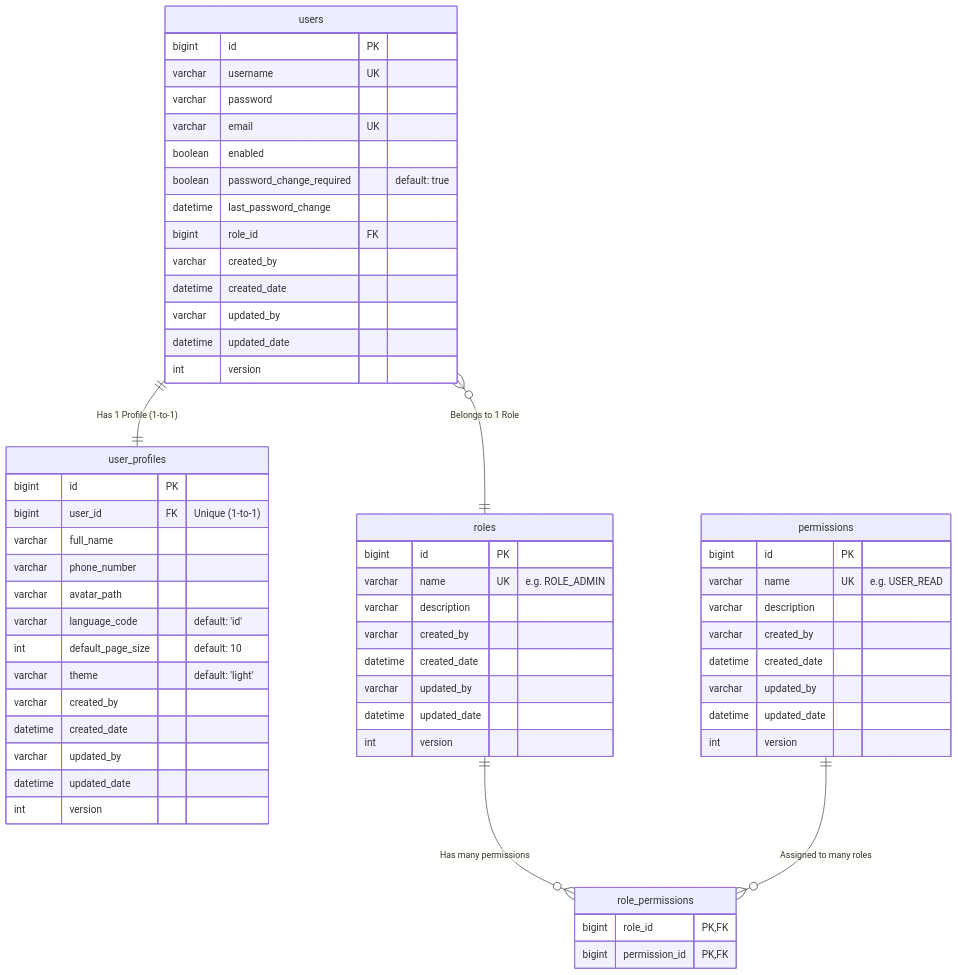
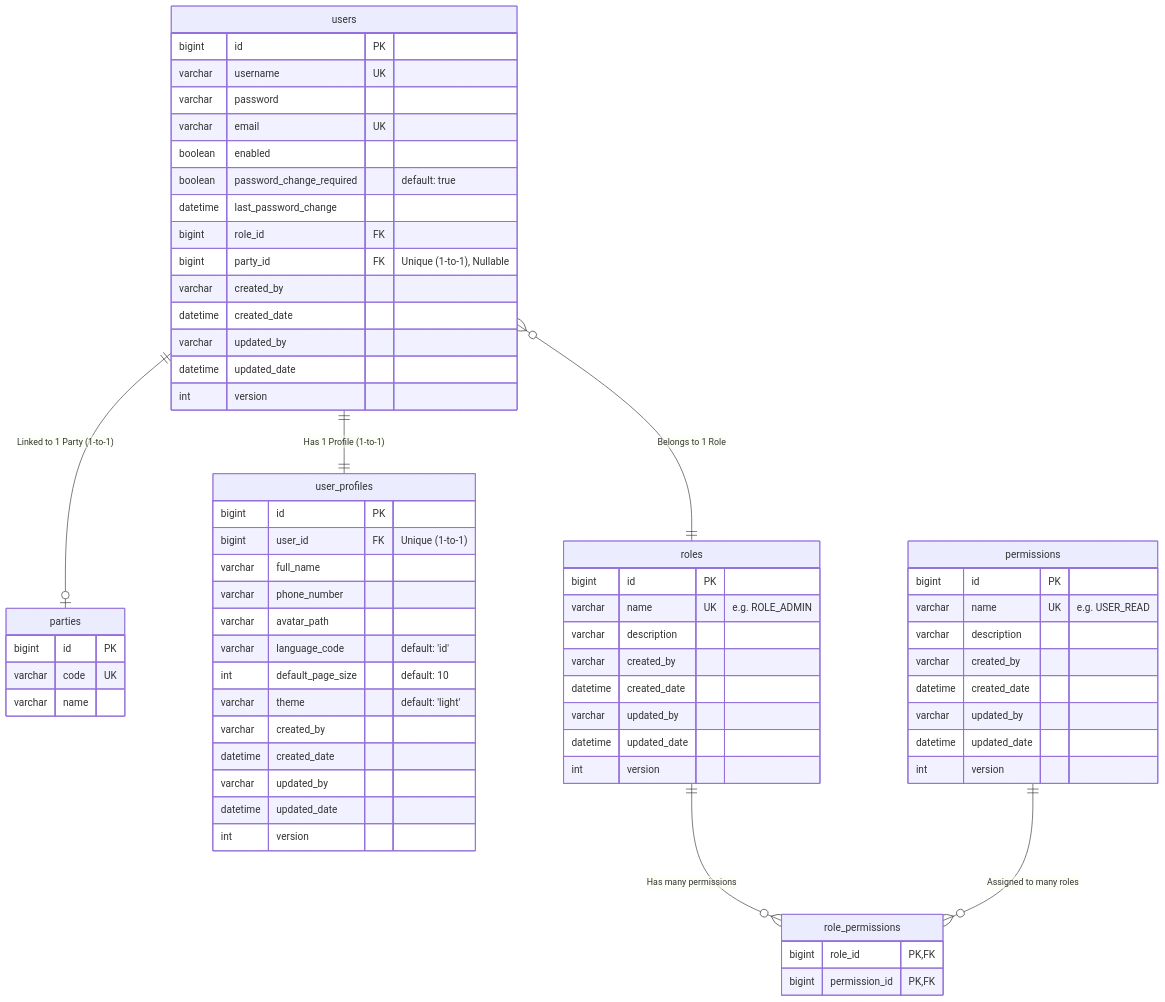
The diagram in docs/database/security-erd.md (quenzvezda/solusi-erp), drawn with Mermaid before and after one commit. The commit also changed 37 other files, not shown here.

````diff
--- a/docs/database/security-erd.md
+++ b/docs/database/security-erd.md
@@ -5,66 +5,74 @@
 ```mermaid
 erDiagram
     users {
         bigint id PK
         varchar username UK
         varchar password
         varchar email UK
         boolean enabled
         boolean password_change_required "default: true"
         datetime last_password_change
         bigint role_id FK
+        bigint party_id FK "Unique (1-to-1), Nullable"
         varchar created_by
         datetime created_date
         varchar updated_by
         datetime updated_date
         int version
+    }
+
+    parties {
+        bigint id PK
+        varchar code UK
+        varchar name
     }
 
     user_profiles {
         bigint id PK
         bigint user_id FK "Unique (1-to-1)"
         varchar full_name
         varchar phone_number
         varchar avatar_path
         varchar language_code "default: 'id'"
         int default_page_size "default: 10"
         varchar theme "default: 'light'"
         varchar created_by
         datetime created_date
         varchar updated_by
         datetime updated_date
         int version
     }
 
     roles {
         bigint id PK
         varchar name UK "e.g. ROLE_ADMIN"
         varchar description
         varchar created_by
         datetime created_date
         varchar updated_by
         datetime updated_date
         int version
     }
 
     permissions {
         bigint id PK
         varchar name UK "e.g. USER_READ"
         varchar description
         varchar created_by
         datetime created_date
         varchar updated_by
         datetime updated_date
         int version
     }
 
     role_permissions {
         bigint role_id PK, FK
         bigint permission_id PK, FK
     }
 
     users }o--|| roles : "Belongs to 1 Role"
     users ||--|| user_profiles : "Has 1 Profile (1-to-1)"
+    users ||--o| parties : "Linked to 1 Party (1-to-1)"
     roles ||--o{ role_permissions : "Has many permissions"
     permissions ||--o{ role_permissions : "Assigned to many roles"
 ```
````
